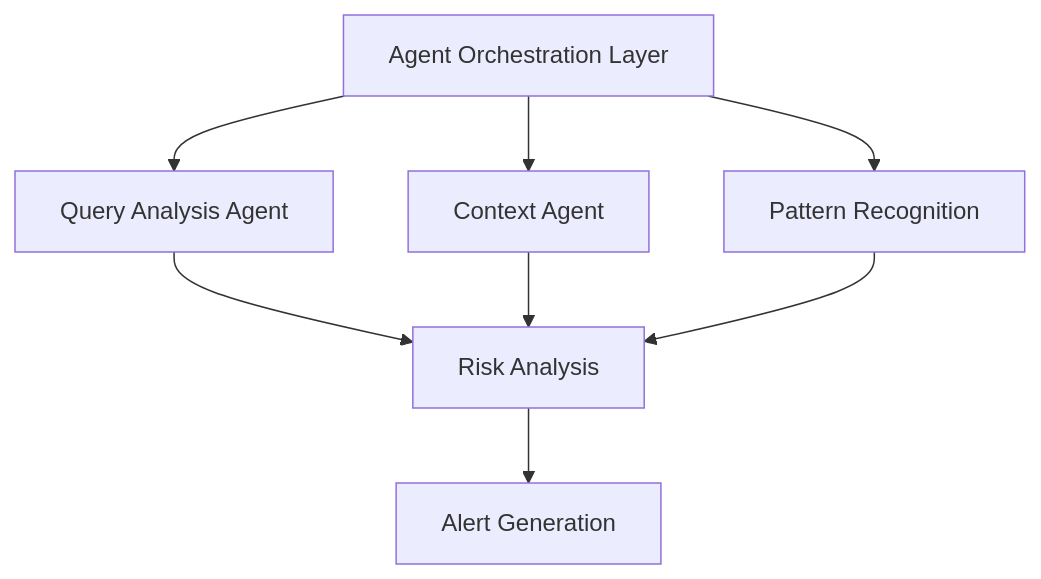
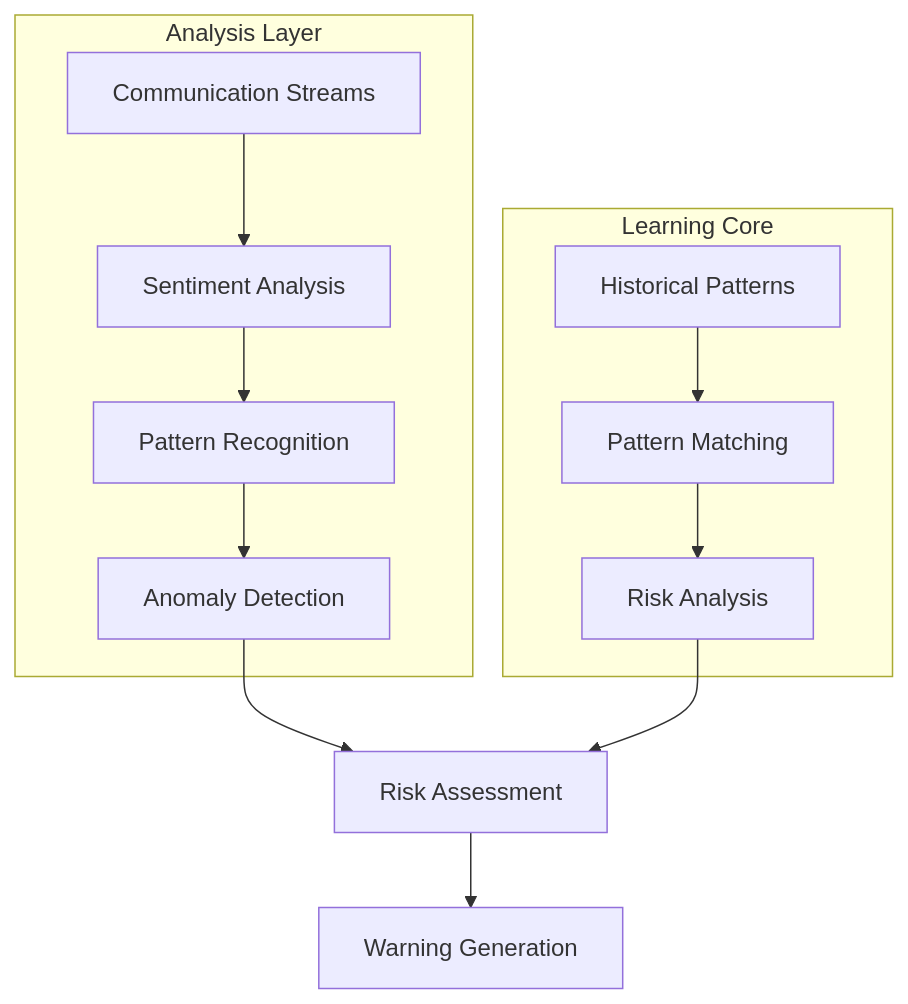
One commit to ncode3/Global-Health-Early-Warning-System-GHEWS- changed the first of 2 diagrams in ARCHITECTURE.md. Above: the diagram before and after it, drawn with Mermaid. The commit also changed other lines of this file, not shown here.

````diff
--- a/ARCHITECTURE.md
+++ b/ARCHITECTURE.md
@@ -4,12 +9,17 @@
 ```mermaid
 graph TD
-    A[Agent Orchestration Layer] --> B[Query Analysis Agent]
-    A --> C[Context Agent]
-    A --> D[Pattern Recognition]
+    subgraph "Analysis Layer"
+        A[Communication Streams] --> B[Sentiment Analysis]
+        B --> C[Pattern Recognition]
+        C --> D[Anomaly Detection]
+    end
     
-    B --> E[Risk Analysis]
-    C --> E
-    D --> E
-
-    E --> F[Alert Generation]
+    subgraph "Learning Core"
+        E[Historical Patterns] --> F[Pattern Matching]
+        F --> G[Risk Analysis]
+    end
+    
+    D --> H[Risk Assessment]
+    G --> H
+    H --> I[Warning Generation]
 ```
````
